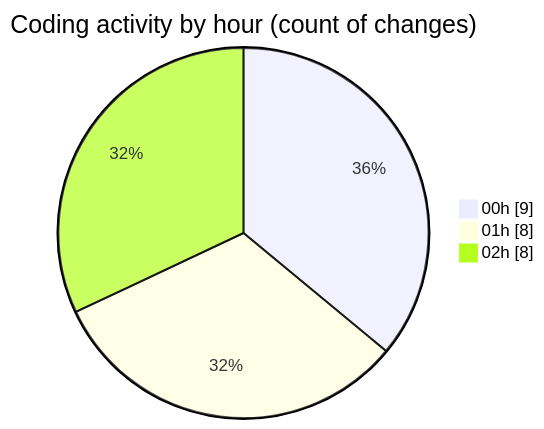
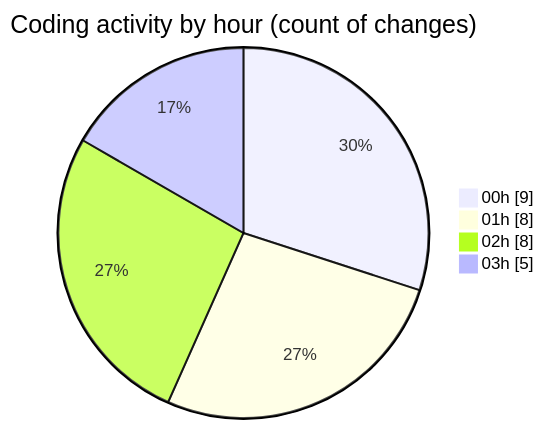
Before and after one commit to jrari/code-tracking: the second of 2 diagrams in 2025-07-14/telebot/README.md, drawn with Mermaid. The commit also changed other lines of this file and 1 other file, not shown here.

````diff
--- a/2025-07-14/telebot/README.md
+++ b/2025-07-14/telebot/README.md
@@ -39,7 +42,8 @@
 ```mermaid
 pie showData
 title Coding activity by hour (count of changes)
 "00h" : 9
 "01h" : 8
 "02h" : 8
+"03h" : 5
 ```
````
